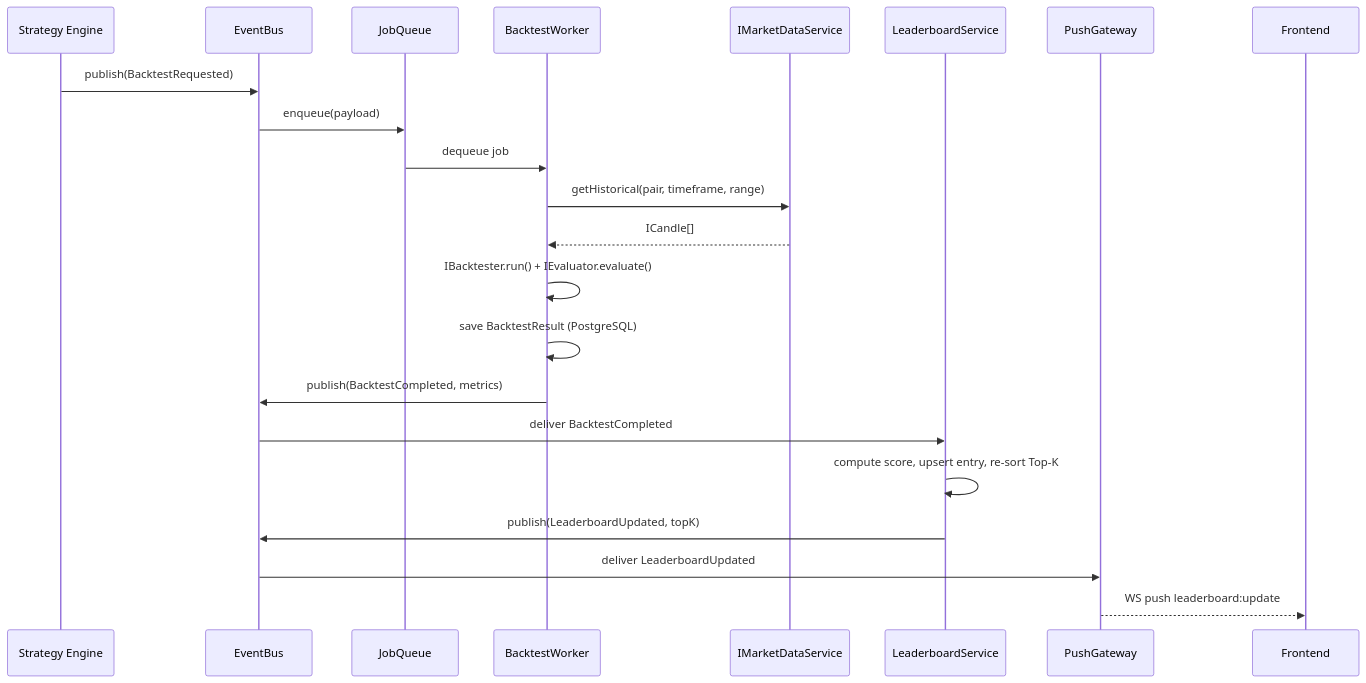
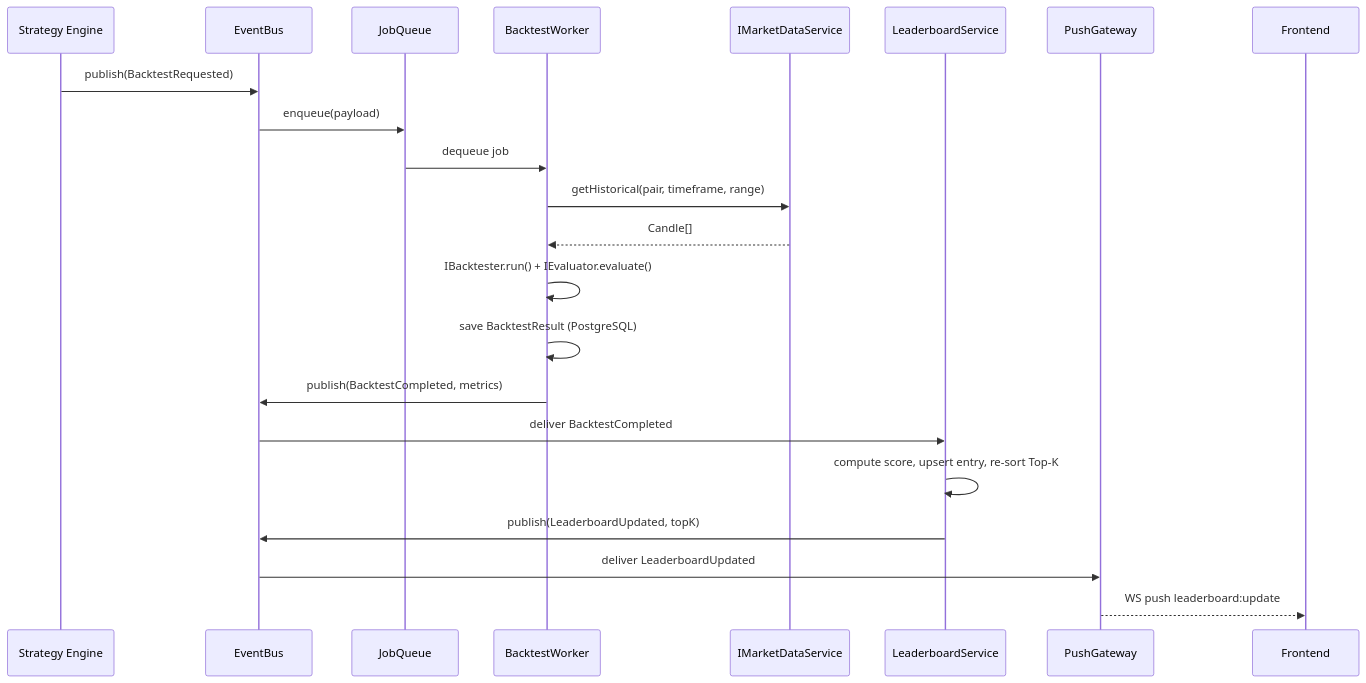
One commit to Hoang105205/Crypto-Strategy-Lab changed the second of 4 diagrams in kb/modules/event-infrastructure.md. Above: the diagram before and after it, drawn with Mermaid. The commit also changed 20 other files, not shown here.

First line of the commit message:
docs(kb): update architecture and ADRs for system design and module patterns

````diff
--- a/kb/modules/event-infrastructure.md
+++ b/kb/modules/event-infrastructure.md
@@ -173,25 +173,25 @@
 ```mermaid
 sequenceDiagram
     participant SE as Strategy Engine
     participant EB as EventBus
     participant JQ as JobQueue
     participant W as BacktestWorker
     participant MD as IMarketDataService
     participant LB as LeaderboardService
     participant WS as PushGateway
     participant FE as Frontend
 
     SE->>EB: publish(BacktestRequested)
     EB->>JQ: enqueue(payload)
     JQ->>W: dequeue job
     W->>MD: getHistorical(pair, timeframe, range)
-    MD-->>W: ICandle[]
+    MD-->>W: Candle[]
     W->>W: IBacktester.run() + IEvaluator.evaluate()
     W->>W: save BacktestResult (PostgreSQL)
     W->>EB: publish(BacktestCompleted, metrics)
     EB->>LB: deliver BacktestCompleted
     LB->>LB: compute score, upsert entry, re-sort Top-K
     LB->>EB: publish(LeaderboardUpdated, topK)
     EB->>WS: deliver LeaderboardUpdated
     WS-->>FE: WS push leaderboard:update
 ```
````
